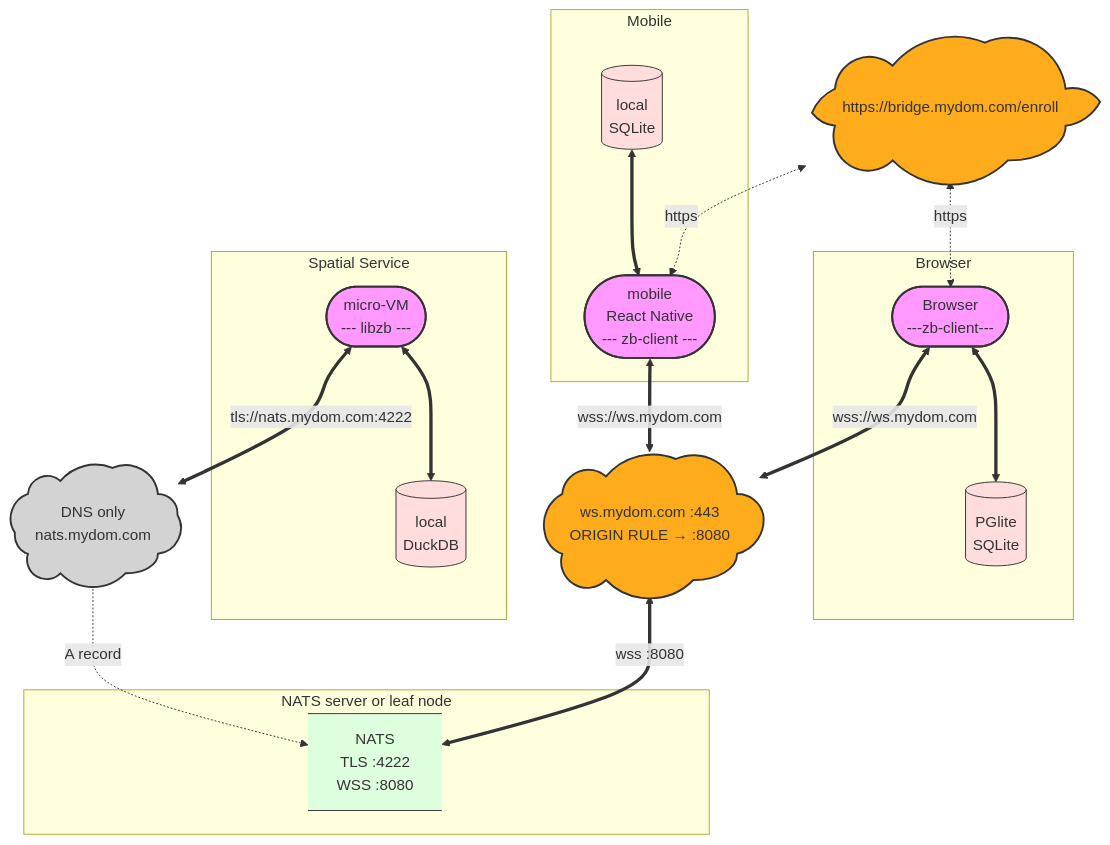
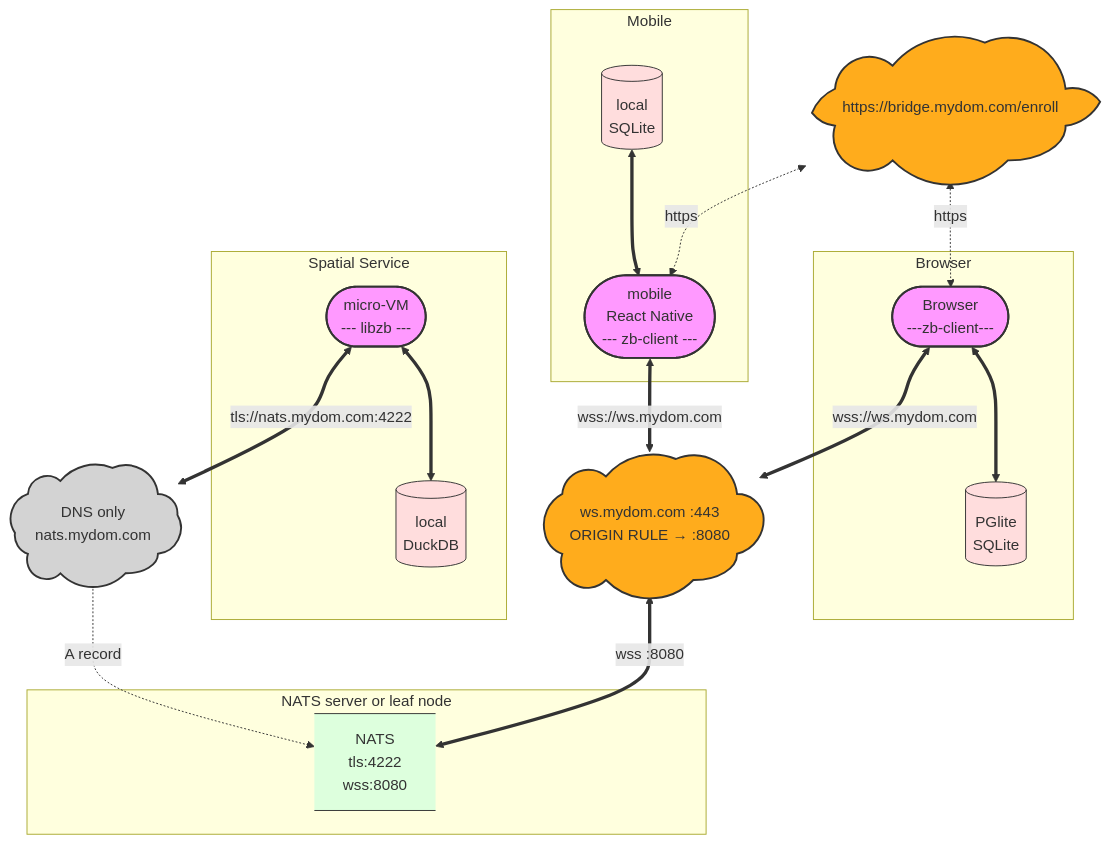
Before and after one commit to ndrean/ZeBridge: the third of 3 diagrams in README.md, drawn with Mermaid. The commit also changed other lines of this file and 133 other files, not shown here.

````diff
--- a/README.md
+++ b/README.md
@@ -318,50 +330,50 @@
 ```mermaid
 graph TD
     classDef external fill:#f9f,stroke:#333,stroke-width:2px;
     classDef orange-proxy fill:#FFAC1C,stroke:#333,stroke-width:2px;
     classDef grey-proxy fill:#D3D3D3,stroke:#333,stroke-width:2px;
     classDef internal fill:#dfd,stroke:#333,stroke-width:1px;
     classDef secure fill:#fdd,stroke:#333,stroke-width:1px;
     classDef telemetry fill:#fff2cc,stroke:#d6b656,stroke-width:1px;
     classDef daemon fill:#bdf3ff,stroke:#ac0100,stroke-width:2px;
 
     subgraph Mobile
       UserMobile([mobile<br>React Native<br>--- zb-client ---]):::external
       LocalSQLite[(local<br>SQLite)]:::secure
       LocalSQLite <==>  UserMobile
     end
 
     subgraph Browser
       B([Browser<br>---zb-client---]):::external
       LocalLite[(PGlite<br>SQLite)]:::secure
       B<==> LocalLite
     end
 
     subgraph Spatial Service
       VM([micro-VM<br>--- libzb ---]):::external
       LocalDuckDB[(local<br>DuckDB)]:::secure
       VM <==> LocalDuckDB
     end
 
     CF(["https://bridge.mydom.com/enroll"]):::orange-proxy
     CF@{ shape: cloud }
     CFWS(["ws.mydom.com :443<br>ORIGIN RULE → :8080"]):::orange-proxy
     CFWS@{ shape: cloud }
     CFNATS(["DNS only<br>nats.mydom.com"]):::grey-proxy
     CFNATS@{ shape: cloud }
 
     
 
     subgraph VPS [NATS server or leaf node]
-        NATS[NATS<br>TLS :4222<br>WSS :8080]:::internal
+        NATS[NATS<br>tls:4222<br>wss:8080]:::internal
         NATS@{ shape: data-store }
     end
 
     CF <-.-> |https| B
     CF <-.->|https| UserMobile
     B <==> |wss://ws.mydom.com| CFWS
     UserMobile <==>|wss://ws.mydom.com| CFWS
     CFWS <==>|wss :8080| NATS
     VM <==> |tls://nats.mydom.com:4222| CFNATS
     CFNATS -.->|A record| NATS
 ```
````
